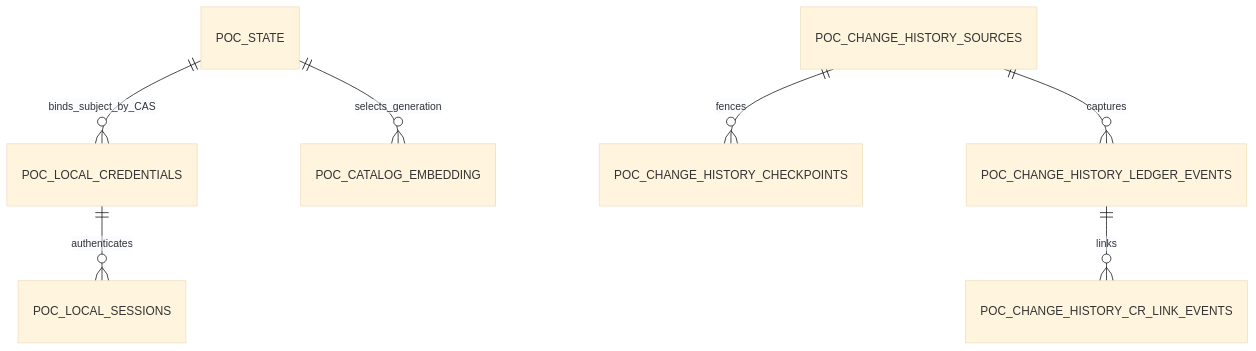
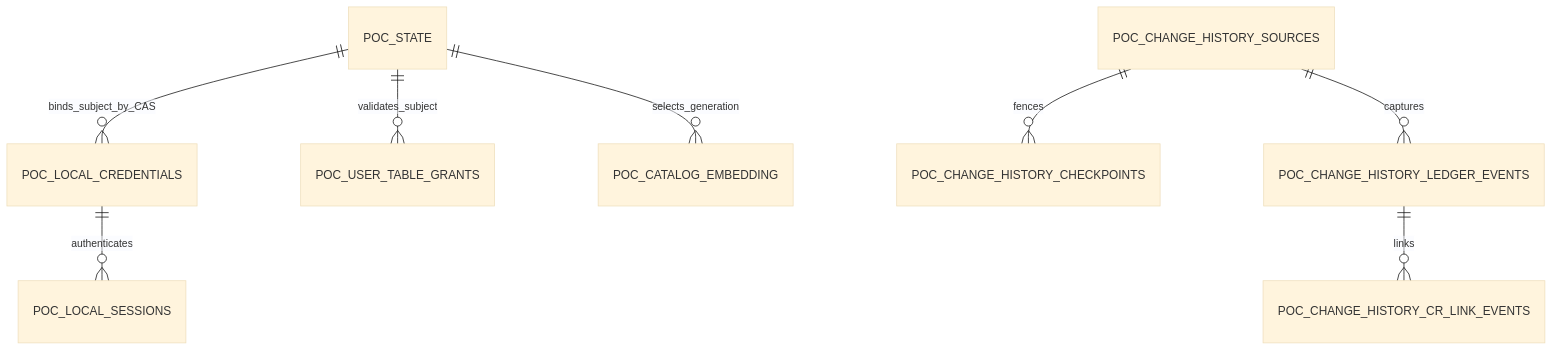
One commit to Ever-Real/datariver_poc_v0 changed the second of 3 diagrams in docs/06_DATA_MODEL.md. Above: the diagram before and after it, drawn with Mermaid (base theme). The commit also changed other lines of this file and 23 other files, not shown here.

Commit message:
feat(auth): add explicit user table access administration

````diff
--- a/docs/06_DATA_MODEL.md
+++ b/docs/06_DATA_MODEL.md
@@ -94,9 +98,10 @@
 ```mermaid
 erDiagram
     POC_STATE ||--o{ POC_LOCAL_CREDENTIALS : binds_subject_by_CAS
     POC_LOCAL_CREDENTIALS ||--o{ POC_LOCAL_SESSIONS : authenticates
+    POC_STATE ||--o{ POC_USER_TABLE_GRANTS : validates_subject
     POC_CHANGE_HISTORY_SOURCES ||--o{ POC_CHANGE_HISTORY_CHECKPOINTS : fences
     POC_CHANGE_HISTORY_SOURCES ||--o{ POC_CHANGE_HISTORY_LEDGER_EVENTS : captures
     POC_CHANGE_HISTORY_LEDGER_EVENTS ||--o{ POC_CHANGE_HISTORY_CR_LINK_EVENTS : links
     POC_STATE ||--o{ POC_CATALOG_EMBEDDING : selects_generation
 ```
````
